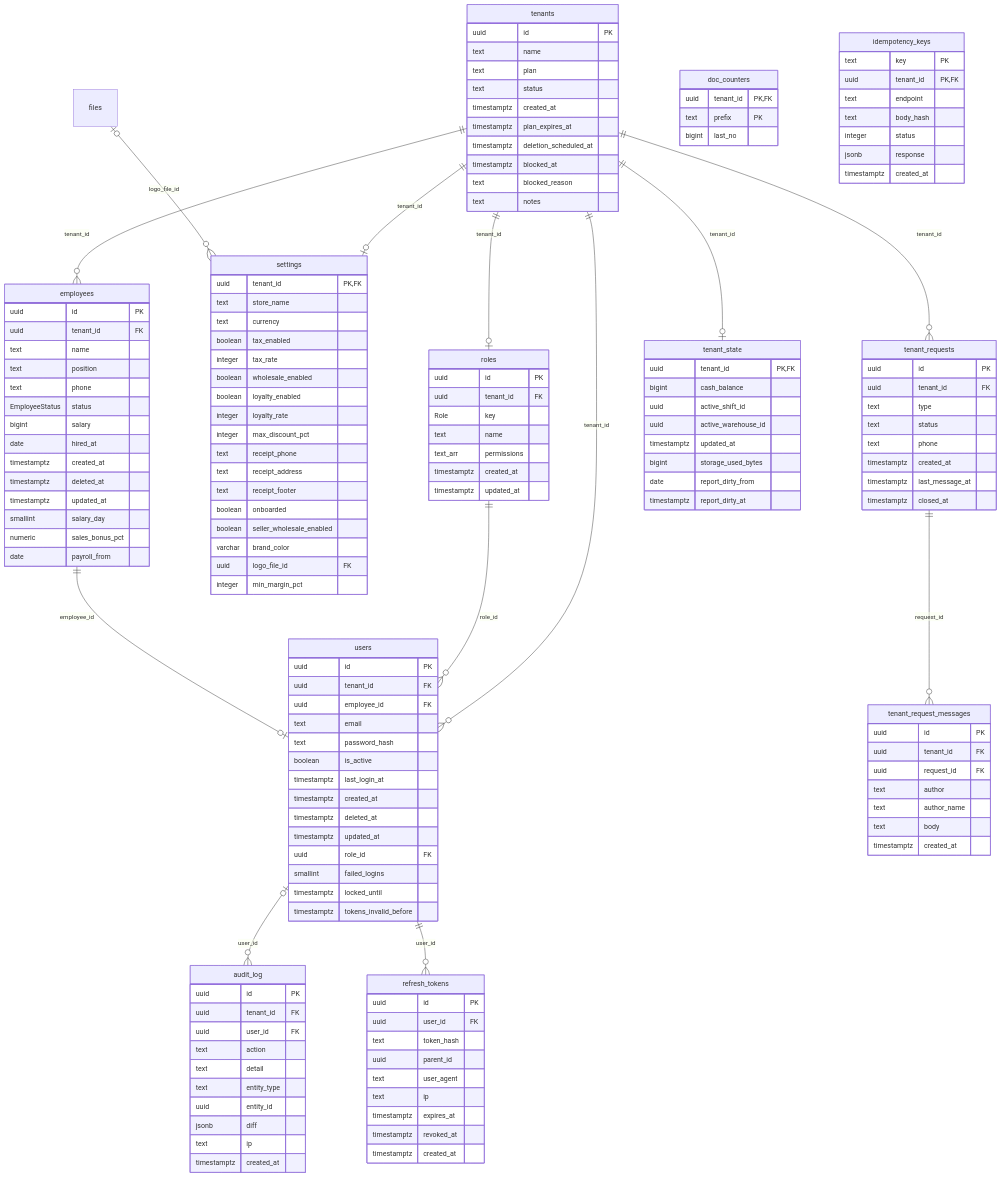
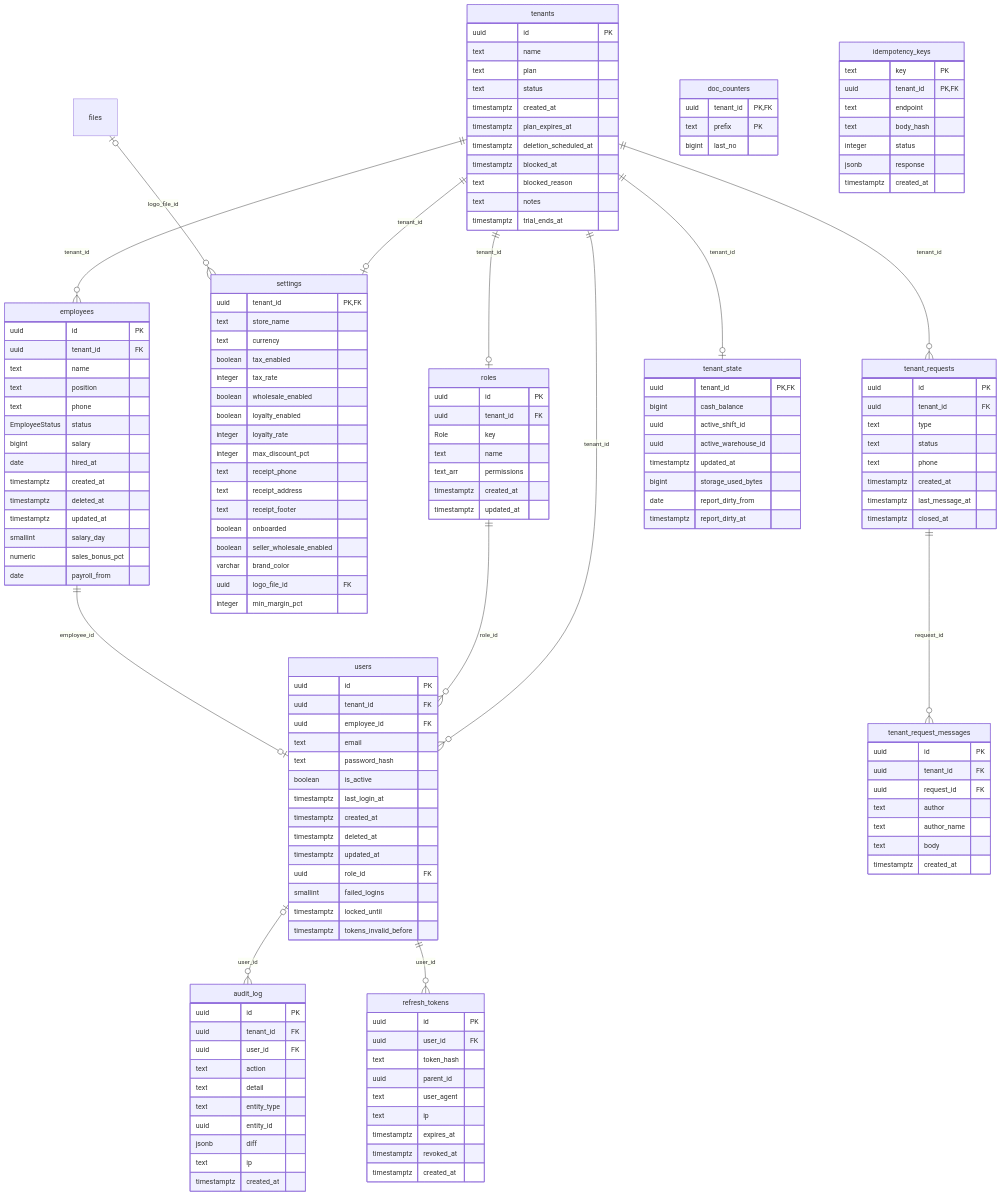
Before and after one commit to Ulugbek-Mominjonov/crm-api: the second of 10 diagrams in docs/database/README.md, drawn with Mermaid. The commit also changed other lines of this file and 58 other files, not shown here.

```diff
--- a/docs/database/README.md
+++ b/docs/database/README.md
@@ -102,6 +103,7 @@
         timestamptz blocked_at
         text blocked_reason
         text notes
+        timestamptz trial_ends_at
     }
     tenant_state {
         uuid tenant_id PK, FK
```
